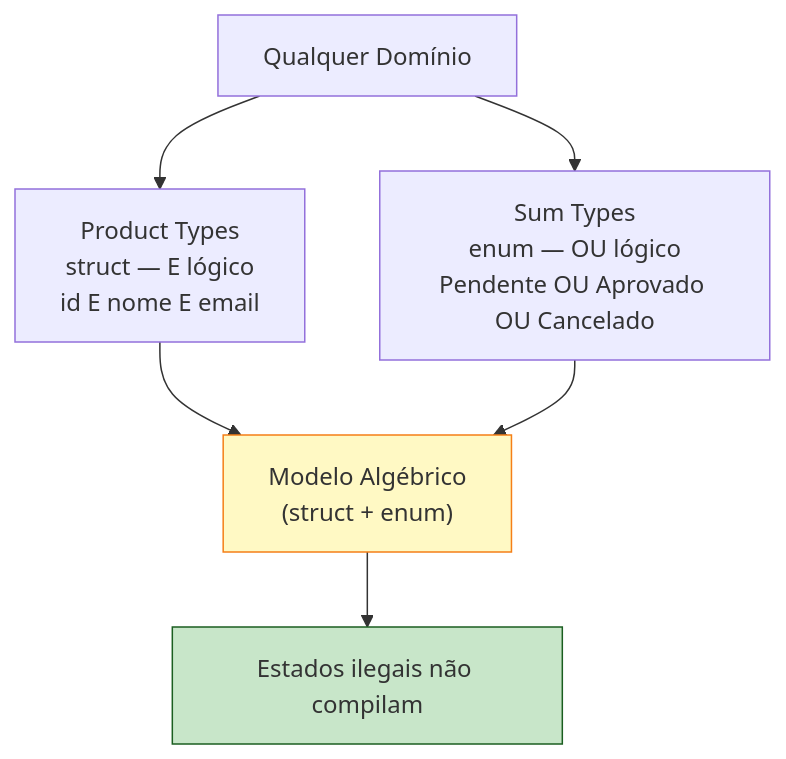
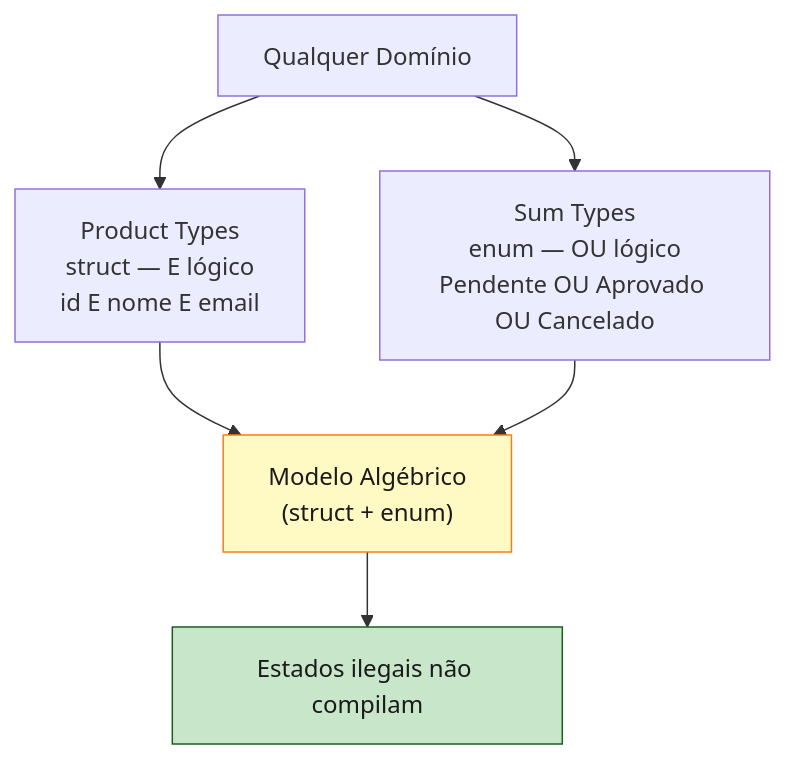
Before and after one commit to Felipeness/ferro-e-espirito: the first of 2 diagrams in book/part-05-composite-types/ch15-enums-e-matching.md, drawn with Mermaid. The commit also changed 56 other files, not shown here.

First line of the commit message:
fix: contraste de texto em diagramas mermaid

````diff
--- a/book/part-05-composite-types/ch15-enums-e-matching.md
+++ b/book/part-05-composite-types/ch15-enums-e-matching.md
@@ -59,18 +59,18 @@
 ```mermaid
 graph TB
     Domínio[Qualquer Domínio]
 
     Product["Product Types<br/>struct — E lógico<br/>id E nome E email"]
     Sum["Sum Types<br/>enum — OU lógico<br/>Pendente OU Aprovado OU Cancelado"]
 
     Domínio --> Product
     Domínio --> Sum
 
     Product --> Modelo["Modelo Algébrico<br/>(struct + enum)"]
     Sum --> Modelo
 
     Modelo --> Garantia["Estados ilegais não compilam"]
 
-    style Modelo fill:#fff9c4,stroke:#f57f17
-    style Garantia fill:#c8e6c9,stroke:#1b5e20
+    style Modelo fill:#fff9c4,stroke:#f57f17,color:#1a1a1a
+    style Garantia fill:#c8e6c9,stroke:#1b5e20,color:#1a1a1a
 ```
````
